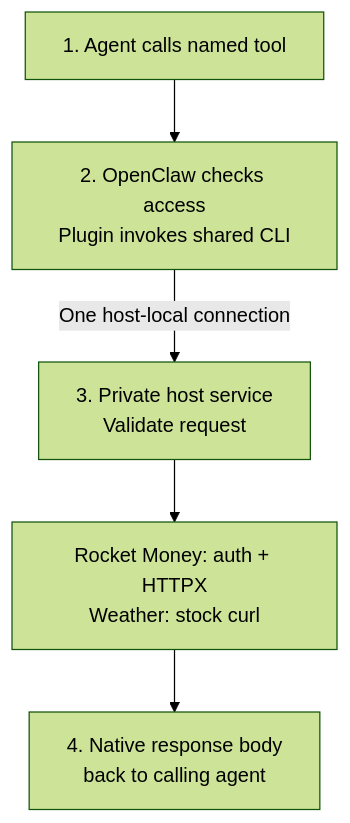
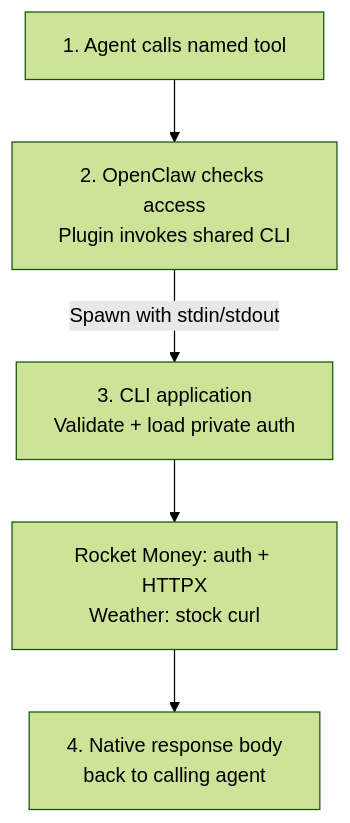
The first of 2 diagrams in docs/plans/031-rocket-money-integration.md (coletaylor788/puddles), drawn with Mermaid (forest theme) before and after one commit. The commit also changed other lines of this file and 2 other files, not shown here.

Commit message:
docs: execute provider requests directly in host CLIs

````diff
--- a/docs/plans/031-rocket-money-integration.md
+++ b/docs/plans/031-rocket-money-integration.md
@@ -13,12 +13,12 @@
 ```mermaid
 flowchart TB
     Agent["1. Agent calls named tool"]
     Tool["2. OpenClaw checks access<br/>Plugin invokes shared CLI"]
-    Host["3. Private host service<br/>Validate request"]
+    Host["3. CLI application<br/>Validate + load private auth"]
     API["Rocket Money: auth + HTTPX<br/>Weather: stock curl"]
     Result["4. Native response body<br/>back to calling agent"]
     Agent --> Tool
-    Tool -->|"One host-local connection"| Host
+    Tool -->|"Spawn with stdin/stdout"| Host
     Host --> API
     API --> Result
 ```
````
